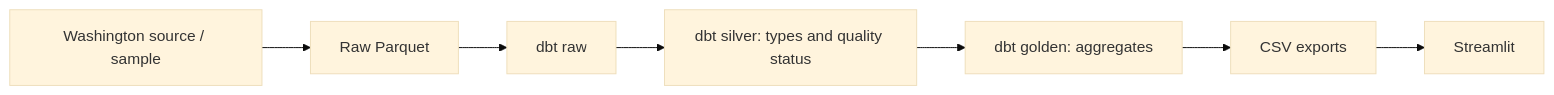
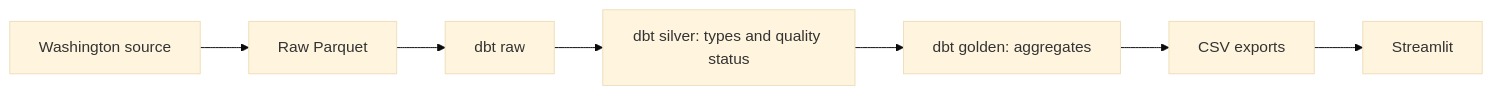
The diagram in README.md (thiagobellotto/washington_ev_explorer), drawn with Mermaid (base theme) before and after one commit. The commit also changed other lines of this file and 9 other files, not shown here.

````diff
--- a/README.md
+++ b/README.md
@@ -39,9 +39,9 @@
 ```mermaid
 flowchart LR
-    A[Washington source / sample] --> B[Raw Parquet]
+    A[Washington source] --> B[Raw Parquet]
     B --> C[dbt raw]
     C --> D[dbt silver: types and quality status]
     D --> E[dbt golden: aggregates]
     E --> F[CSV exports]
     F --> G[Streamlit]
 ```
````
